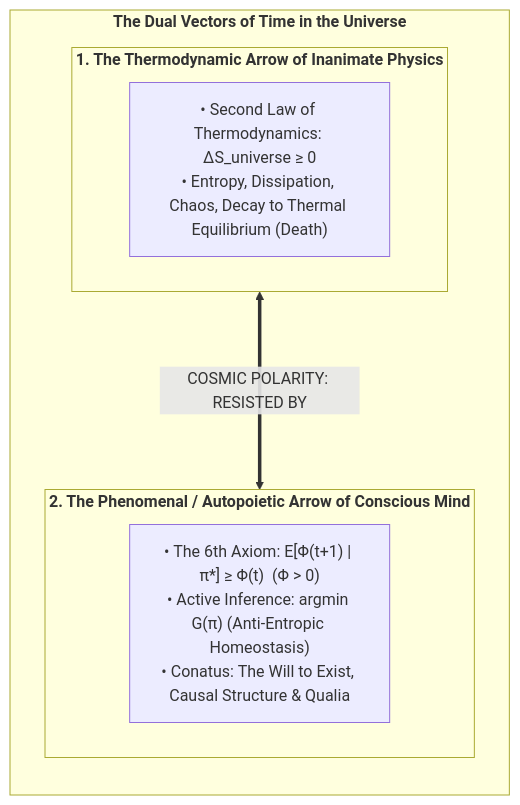
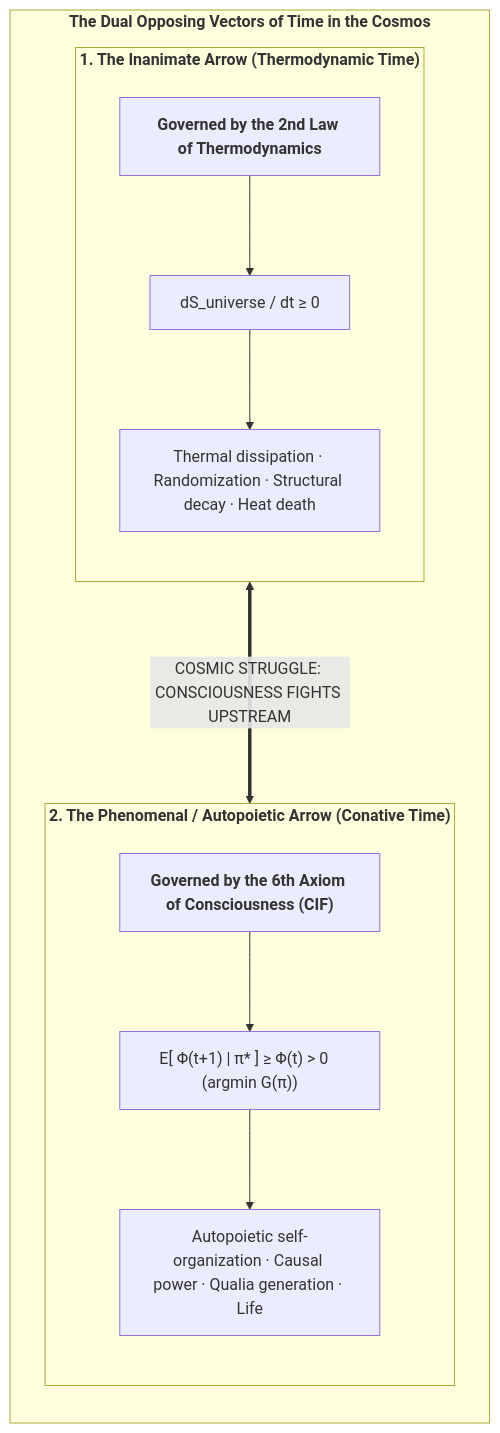
One commit to Thriebl/active-inference-phi-network changed the sixth of 6 diagrams in book/manuscript_en/06_temporal_mechanics_of_consciousness_and_specious_present.md. Above: the diagram before and after it, drawn with Mermaid. The commit also changed other lines of this file and 19 other files, not shown here.

````diff
--- a/book/manuscript_en/06_temporal_mechanics_of_consciousness_and_specious_present.md
+++ b/book/manuscript_en/06_temporal_mechanics_of_consciousness_and_specious_present.md
@@ -85,16 +182,24 @@
 ```mermaid
 flowchart TD
-    subgraph ARROWS["<b>The Dual Vectors of Time in the Universe</b>"]
+    subgraph COSMIC_POLARITY["<b>The Dual Opposing Vectors of Time in the Cosmos</b>"]
         direction TB
         
-        subgraph THERMO["<b>1. The Thermodynamic Arrow of Inanimate Physics</b>"]
-            T1["• Second Law of Thermodynamics: ΔS_universe ≥ 0<br>• Entropy, Dissipation, Chaos, Decay to Thermal Equilibrium (Death)"]
+        subgraph THERMODYNAMIC_ARROW["<b>1. The Inanimate Arrow (Thermodynamic Time)</b>"]
+            direction TB
+            T1["<b>Governed by the 2nd Law of Thermodynamics</b>"]
+            T2["dS_universe / dt ≥ 0"]
+            T3["Thermal dissipation · Randomization · Structural decay · Heat death"]
+            T1 --> T2 --> T3
         end
         
-        subgraph CONATIVE["<b>2. The Phenomenal / Autopoietic Arrow of Conscious Mind</b>"]
-            C1["• The 6th Axiom: E[Φ(t+1) | π*] ≥ Φ(t)  (Φ > 0)<br>• Active Inference: argmin G(π) (Anti-Entropic Homeostasis)<br>• Conatus: The Will to Exist, Causal Structure & Qualia"]
+        subgraph CONATIVE_ARROW["<b>2. The Phenomenal / Autopoietic Arrow (Conative Time)</b>"]
+            direction TB
+            C1["<b>Governed by the 6th Axiom of Consciousness (CIF)</b>"]
+            C2["E[ Φ(t+1) | π* ] ≥ Φ(t) > 0   (argmin G(π))"]
+            C3["Autopoietic self-organization · Causal power · Qualia generation · Life"]
+            C1 --> C2 --> C3
         end
         
-        THERMO <===>|"COSMIC POLARITY: RESISTED BY"| CONATIVE
+        THERMODYNAMIC_ARROW <===>|"COSMIC STRUGGLE: CONSCIOUSNESS FIGHTS UPSTREAM"| CONATIVE_ARROW
     end
 ```
````
